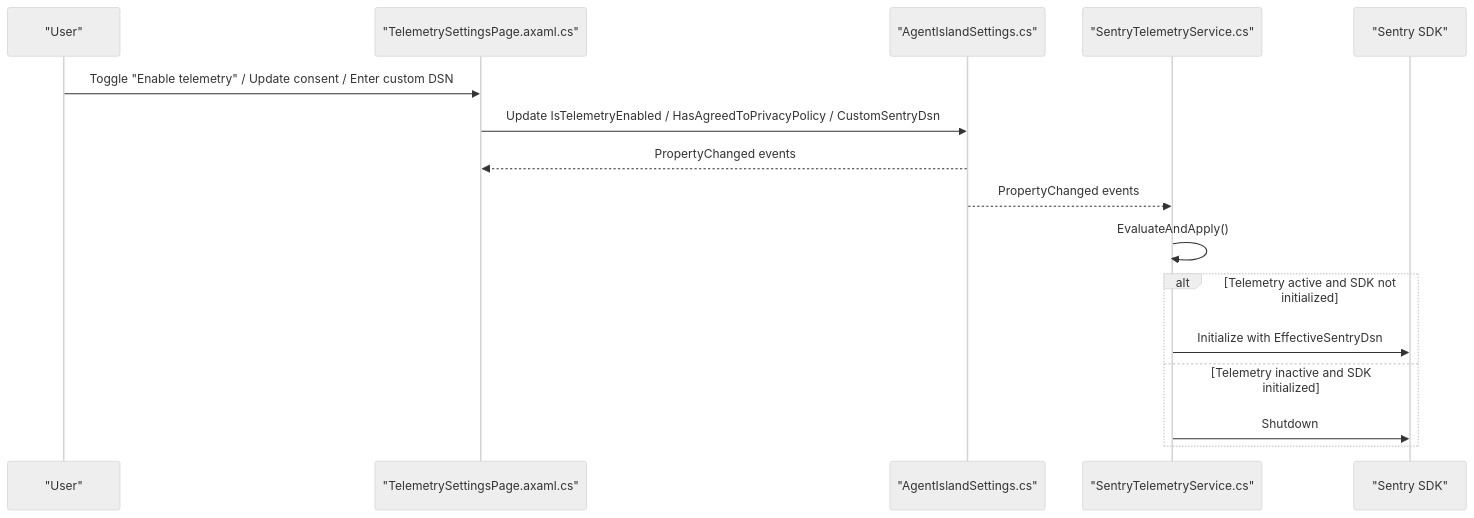
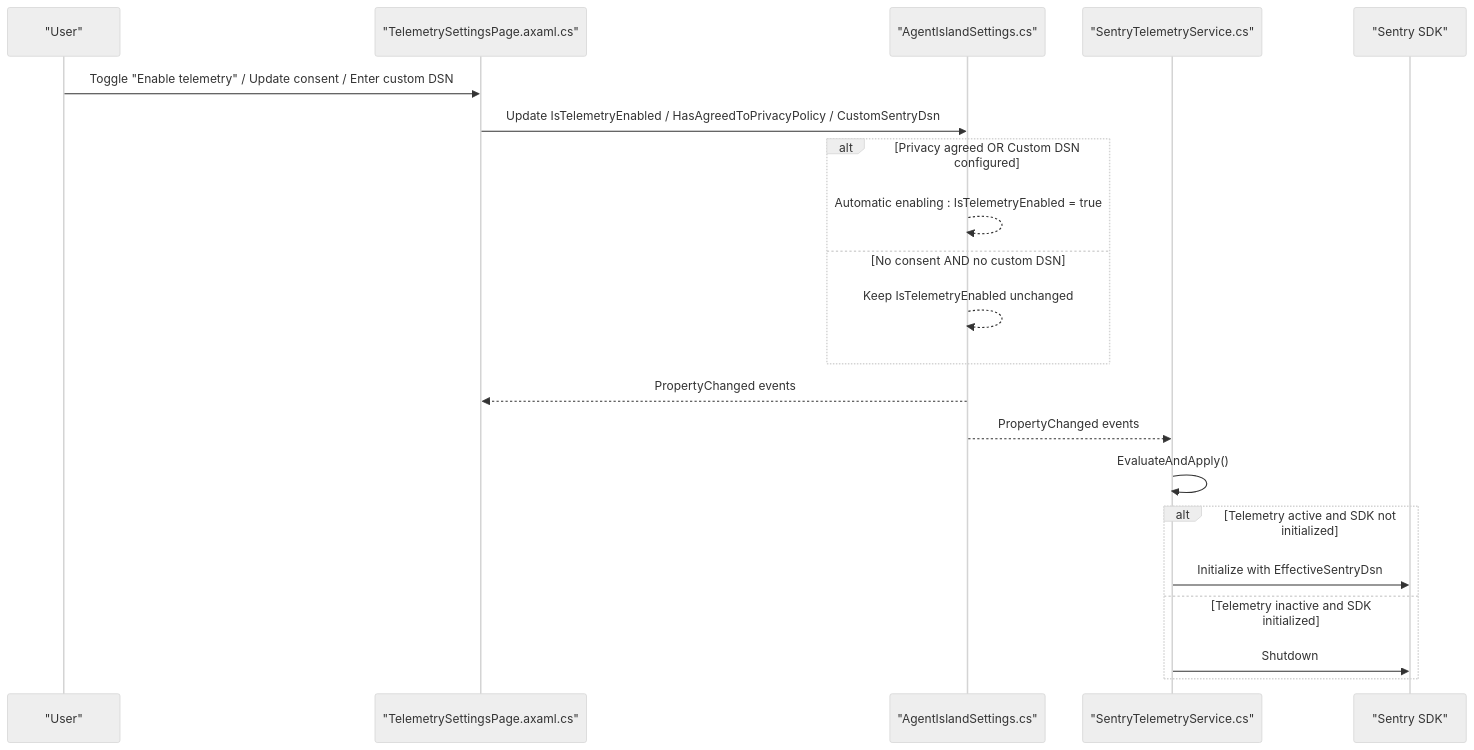
Before and after one commit to ShihaoShenDev/AgentIsland: the second of 6 diagrams in .qoder/repowiki/en/content/Configuration Management/Telemetry and Privacy Configuration.md, drawn with Mermaid (neutral theme). The commit also changed other lines of this file and 54 other files, not shown here.

Commit message:
docs: restructure repowiki docs, add overview/settings pages, refresh telemetry docs and build scripts

````diff
--- a/.qoder/repowiki/en/content/Configuration Management/Telemetry and Privacy Configuration.md
+++ b/.qoder/repowiki/en/content/Configuration Management/Telemetry and Privacy Configuration.md
@@ -112,18 +122,23 @@
 ```mermaid
 sequenceDiagram
 participant User as "User"
 participant UI as "TelemetrySettingsPage.axaml.cs"
 participant Settings as "AgentIslandSettings.cs"
 participant Service as "SentryTelemetryService.cs"
 participant Sentry as "Sentry SDK"
 User->>UI : Toggle "Enable telemetry" / Update consent / Enter custom DSN
 UI->>Settings : Update IsTelemetryEnabled / HasAgreedToPrivacyPolicy / CustomSentryDsn
+alt Privacy agreed OR Custom DSN configured
+Settings-->>Settings : Automatic enabling : IsTelemetryEnabled = true
+else No consent AND no custom DSN
+Settings-->>Settings : Keep IsTelemetryEnabled unchanged
+end
 Settings-->>UI : PropertyChanged events
 Settings-->>Service : PropertyChanged events
 Service->>Service : EvaluateAndApply()
 alt Telemetry active and SDK not initialized
 Service->>Sentry : Initialize with EffectiveSentryDsn
 else Telemetry inactive and SDK initialized
 Service->>Sentry : Shutdown
 end
 ```
````
